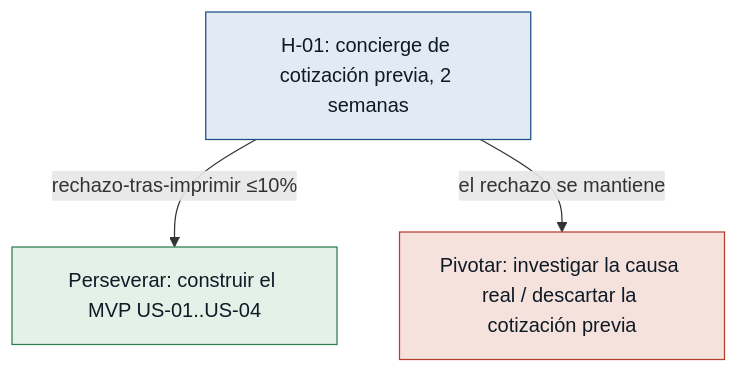
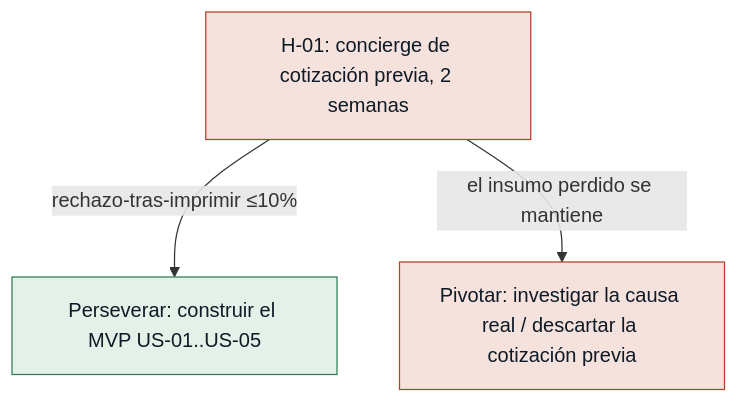
Before and after one commit to KituNaranjo/discovery-agent: the second of 5 diagrams in discoveries/bazarpapeleria/outputs/hypotheses.md, drawn with Mermaid. The commit also changed other lines of this file and 8 other files, not shown here.

````diff
--- a/discoveries/bazarpapeleria/outputs/hypotheses.md
+++ b/discoveries/bazarpapeleria/outputs/hypotheses.md
@@ -55,9 +57,9 @@
 ```mermaid
 flowchart TD
-  classDef test fill:#E2EAF3,stroke:#1A4E8A,color:#0E1A26;
+  classDef test fill:#F6E2DD,stroke:#B3402F,color:#0E1A26;
   classDef ok fill:#E3F1E8,stroke:#2E7D52,color:#0E1A26;
   classDef no fill:#F6E2DD,stroke:#B3402F,color:#0E1A26;
   H[H-01: concierge de cotización previa, 2 semanas]:::test
-  H -->|rechazo-tras-imprimir ≤10%| K[Perseverar: construir el MVP US-01..US-04]:::ok
-  H -->|el rechazo se mantiene| V[Pivotar: investigar la causa real / descartar la cotización previa]:::no
+  H -->|rechazo-tras-imprimir ≤10%| K[Perseverar: construir el MVP US-01..US-05]:::ok
+  H -->|el insumo perdido se mantiene| V[Pivotar: investigar la causa real / descartar la cotización previa]:::no
 ```
````
